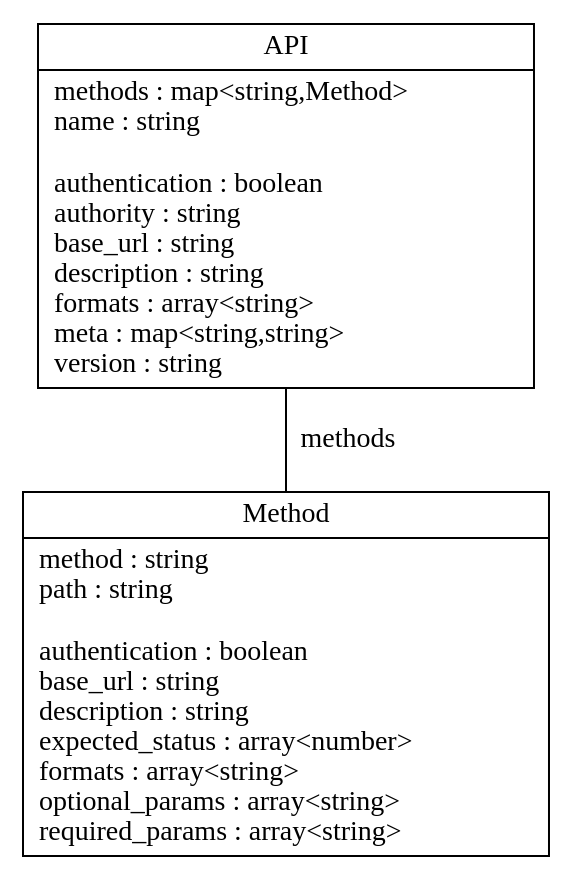
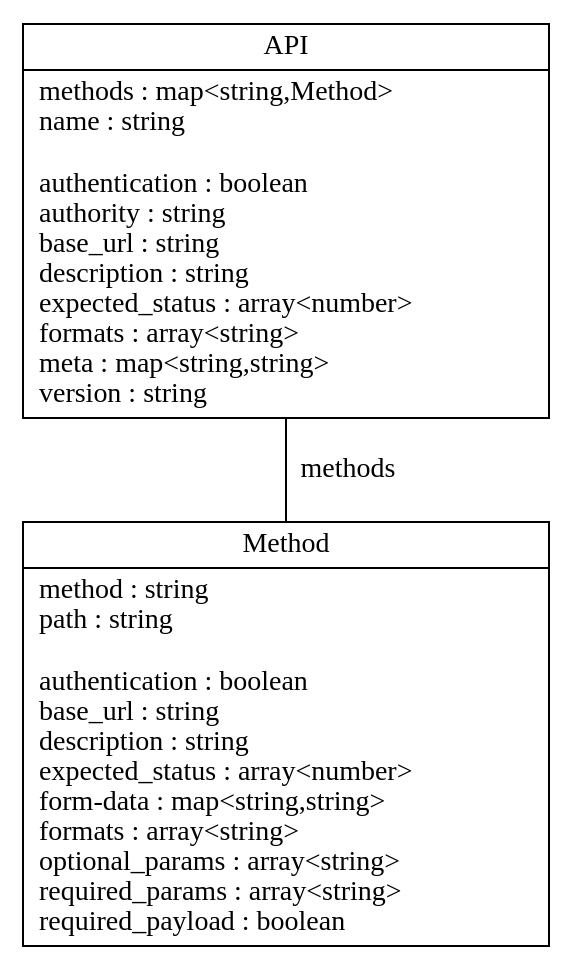
The diagram in uml/api.dot (SPORE/specifications), drawn with Graphviz before and after one commit. The commit also changed 1 other file, not shown here.

Commit message:
update UML

```diff
--- a/uml/api.dot
+++ b/uml/api.dot
@@ -1,14 +1,14 @@
 digraph {
 
     node [shape=record];
 
     "API"
-        [label="{\N|methods : map&lt;string,Method&gt;\lname : string\l\lauthentication : boolean\lauthority : string\lbase_url : string\ldescription : string\lformats : array&lt;string&gt;\lmeta : map&lt;string,string&gt;\lversion : string\l}"];
+        [label="{\N|methods : map&lt;string,Method&gt;\lname : string\l\lauthentication : boolean\lauthority : string\lbase_url : string\ldescription : string\lexpected_status : array&lt;number&gt;\lformats : array&lt;string&gt;\lmeta : map&lt;string,string&gt;\lversion : string\l}"];
 
     "API" -> "Method"
         [label = "methods", arrowhead = none, arrowtail = odiamond];
 
     "Method"
-        [label="{\N|method : string\lpath : string\l\lauthentication : boolean\lbase_url : string\ldescription : string\lexpected_status : array&lt;number&gt;\lformats : array&lt;string&gt;\loptional_params : array&lt;string&gt;\lrequired_params : array&lt;string&gt;\l}"];
+        [label="{\N|method : string\lpath : string\l\lauthentication : boolean\lbase_url : string\ldescription : string\lexpected_status : array&lt;number&gt;\lform-data : map&lt;string,string&gt;\lformats : array&lt;string&gt;\loptional_params : array&lt;string&gt;\lrequired_params : array&lt;string&gt;\lrequired_payload : boolean\l}"];
 
 }
```
